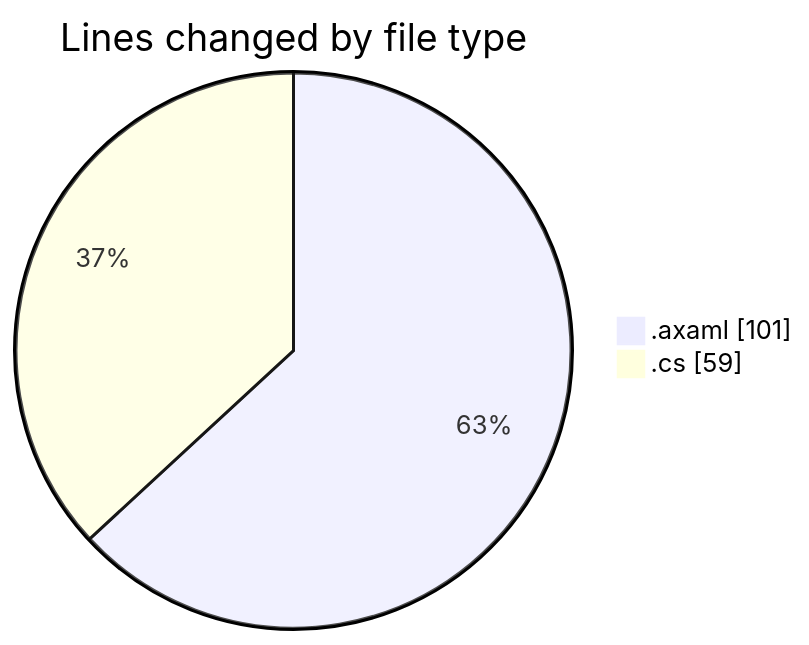
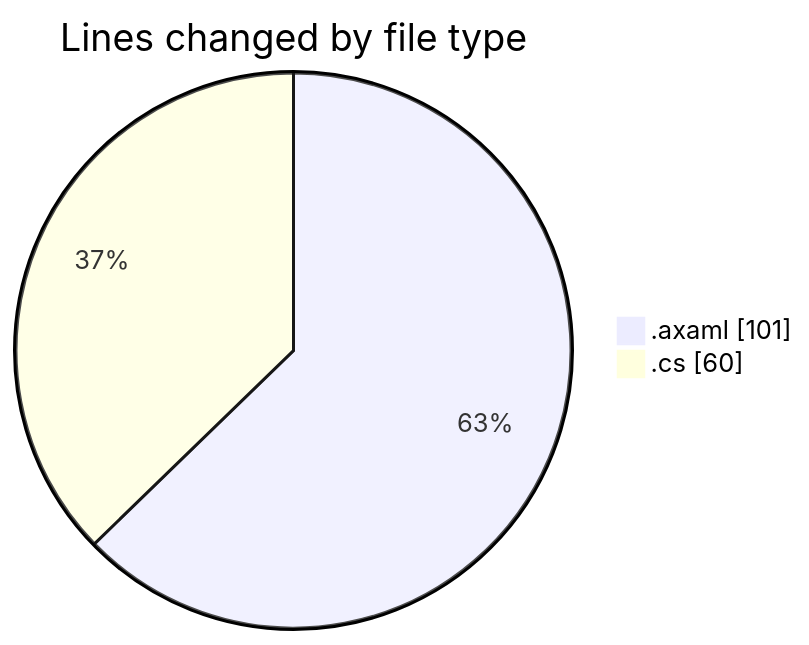
The first of 2 diagrams in 2025-10-30/skintrack/README.md (Netris89/code-tracking), drawn with Mermaid before and after one commit. The commit also changed other lines of this file and 1 other file, not shown here.

````diff
--- a/2025-10-30/skintrack/README.md
+++ b/2025-10-30/skintrack/README.md
@@ -21,6 +21,6 @@
 ```mermaid
 pie showData
 title Lines changed by file type
 ".axaml" : 101
-".cs" : 59
+".cs" : 60
 ```
````
